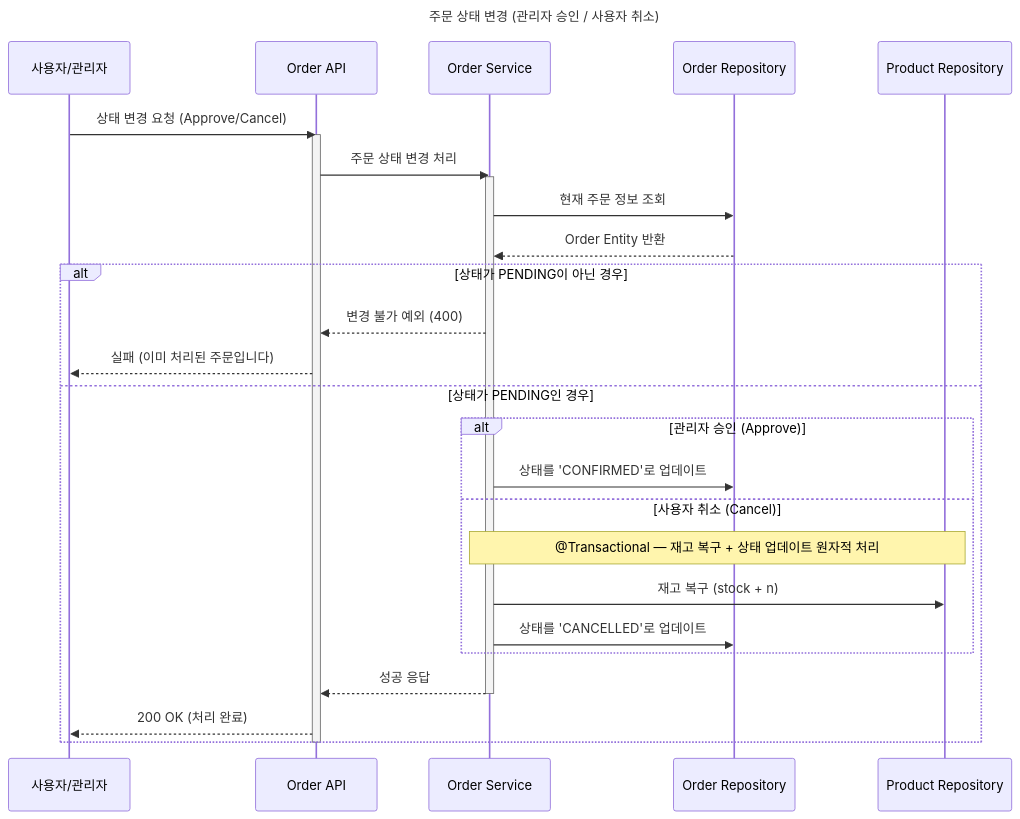
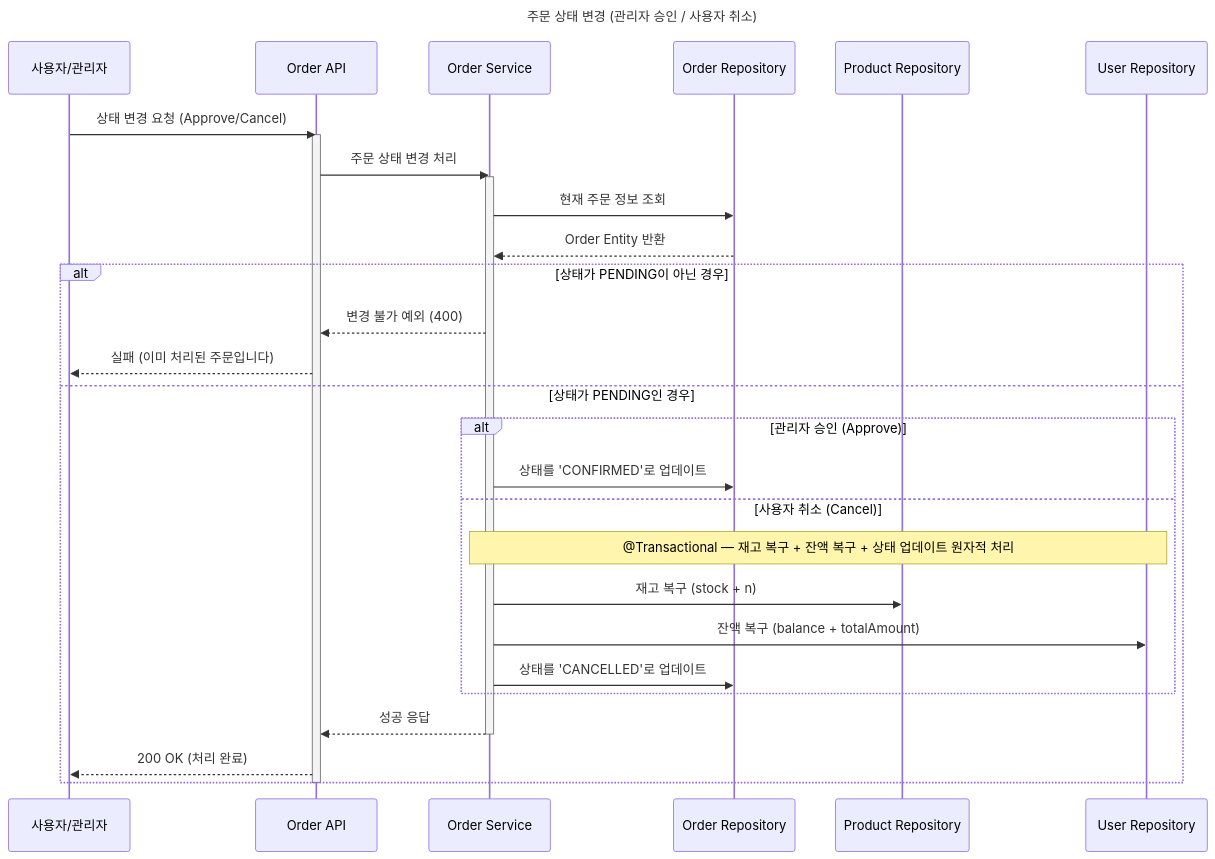
One commit to hyejin0810/loop-pack-be-l2-vol3-java changed the third of 3 diagrams in docs/design/02-sequence-diagrams.md. Above: the diagram before and after it, drawn with Mermaid. The commit also changed other lines of this file and 4 other files, not shown here.

````diff
--- a/docs/design/02-sequence-diagrams.md
+++ b/docs/design/02-sequence-diagrams.md
@@ -99,39 +104,41 @@
 ```mermaid
   
   sequenceDiagram
     title: 주문 상태 변경 (관리자 승인 / 사용자 취소)
 
     %% 참여자 정의 (별칭 사용)
     participant U as 사용자/관리자
     participant API as Order API
     participant S as Order Service
     participant OR as Order Repository
     participant PR as Product Repository
+    participant UR as User Repository
 
     U->>API: 상태 변경 요청 (Approve/Cancel)
     activate API
     
     API->>S: 주문 상태 변경 처리
     activate S
     
     S->>OR: 현재 주문 정보 조회
     OR-->>S: Order Entity 반환
     
     alt 상태가 PENDING이 아닌 경우
         S-->>API: 변경 불가 예외 (400)
         API-->>U: 실패 (이미 처리된 주문입니다)
     else 상태가 PENDING인 경우
         alt 관리자 승인 (Approve)
             S->>OR: 상태를 'CONFIRMED'로 업데이트
         else 사용자 취소 (Cancel)
-            Note over S,PR: @Transactional — 재고 복구 + 상태 업데이트 원자적 처리
+            Note over S,UR: @Transactional — 재고 복구 + 잔액 복구 + 상태 업데이트 원자적 처리
             S->>PR: 재고 복구 (stock + n)
+            S->>UR: 잔액 복구 (balance + totalAmount)
             S->>OR: 상태를 'CANCELLED'로 업데이트
         end
         S-->>API: 성공 응답
         deactivate S
         API-->>U: 200 OK (처리 완료)
     end
     deactivate API
 
 ```
````
